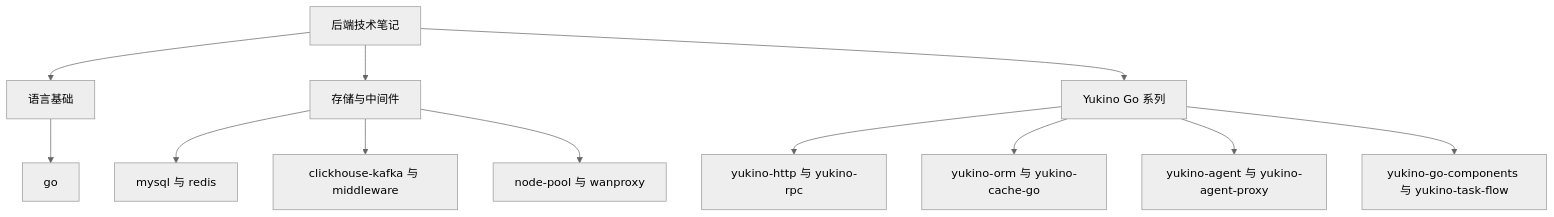
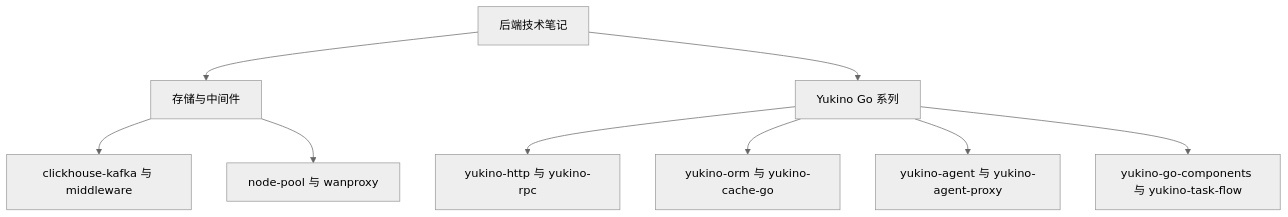
Before and after one commit to yukino-js/26autumn: the diagram in content/be/index.md, drawn with Mermaid (neutral theme). The commit also changed other lines of this file and 81 other files, not shown here.

````diff
--- a/content/be/index.md
+++ b/content/be/index.md
@@ -7,14 +7,11 @@
 ```mermaid
 flowchart TB
-    A[后端技术笔记] --> B[语言基础]
-    A --> C[存储与中间件]
+    A[后端技术笔记] --> C[存储与中间件]
     A --> D[Yukino Go 系列]
-    B --> B1[go]
-    C --> C1[mysql 与 redis]
     C --> C2[clickhouse-kafka 与 middleware]
     C --> C3[node-pool 与 wanproxy]
     D --> D1[yukino-http 与 yukino-rpc]
     D --> D2[yukino-orm 与 yukino-cache-go]
     D --> D3[yukino-agent 与 yukino-agent-proxy]
     D --> D4[yukino-go-components 与 yukino-task-flow]
 ```
````
